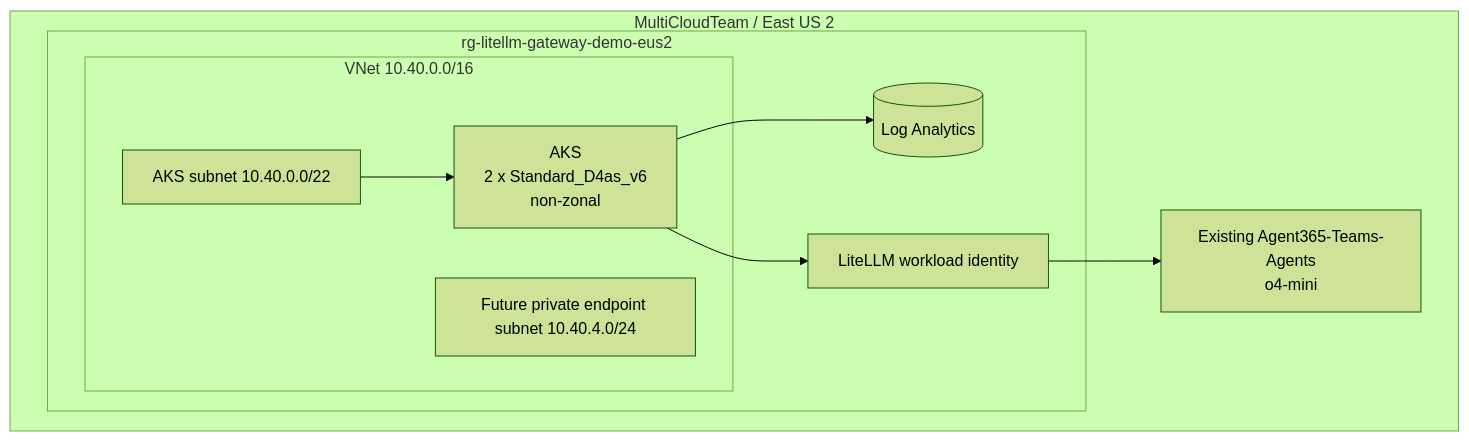
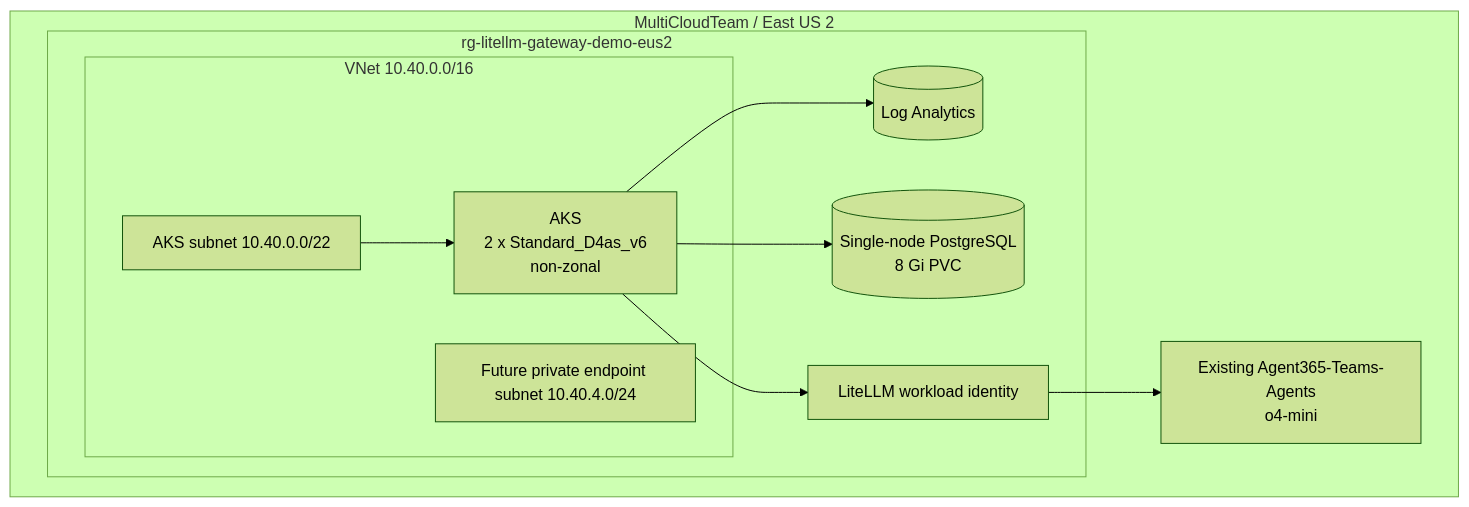
Before and after one commit to abhisheksinghcs/aigateway: the second of 7 diagrams in docs/architecture.md, drawn with Mermaid (forest theme). The commit also changed other lines of this file and 9 other files, not shown here.

````diff
--- a/docs/architecture.md
+++ b/docs/architecture.md
@@ -26,20 +28,22 @@
 ```mermaid
 flowchart TB
     subgraph Azure["MultiCloudTeam / East US 2"]
         subgraph RG["rg-litellm-gateway-demo-eus2"]
             subgraph VNet["VNet 10.40.0.0/16"]
                 AKSSubnet["AKS subnet 10.40.0.0/22"]
                 PESubnet["Future private endpoint subnet 10.40.4.0/24"]
                 AKS["AKS<br/>2 x Standard_D4as_v6<br/>non-zonal"]
                 AKSSubnet --> AKS
             end
             Identity[LiteLLM workload identity]
+            PostgreSQL[(Single-node PostgreSQL<br/>8 Gi PVC)]
             LAW[(Log Analytics)]
         end
         ExistingAI["Existing Agent365-Teams-Agents<br/>o4-mini"]
     end
 
     AKS --> LAW
+    AKS --> PostgreSQL
     AKS --> Identity
     Identity --> ExistingAI
 ```
````
